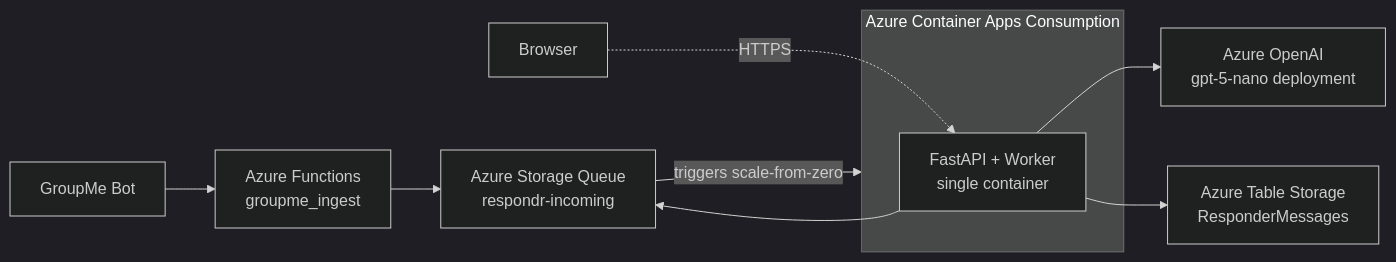
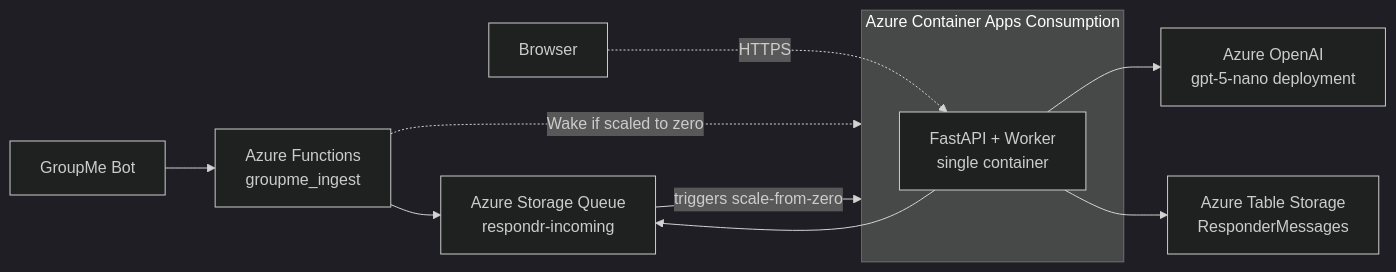
One commit to scvsar/respondr-lite changed the first of 3 diagrams in README.md. Above: the diagram before and after it, drawn with Mermaid (dark theme). The commit also changed other lines of this file and 16 other files, not shown here.

````diff
--- a/README.md
+++ b/README.md
@@ -18,16 +18,17 @@
 ```mermaid
 graph LR
   GM[GroupMe Bot] --> AF[Azure Functions<br/>groupme_ingest]
   AF --> Q[Azure Storage Queue<br/>respondr-incoming]
+  AF -.->|Wake if scaled to zero| ACA
 
   subgraph ACA[Azure Container Apps Consumption]
     APP[FastAPI + Worker<br/>single container]
   end
 
   Q -->|triggers scale-from-zero| ACA
   APP --> Q
   APP --> AOAI[Azure OpenAI<br/>gpt-5-nano deployment]
   APP --> TS[Azure Table Storage<br/>ResponderMessages]
 
   U[Browser] -.->|HTTPS| APP
 ```
````
